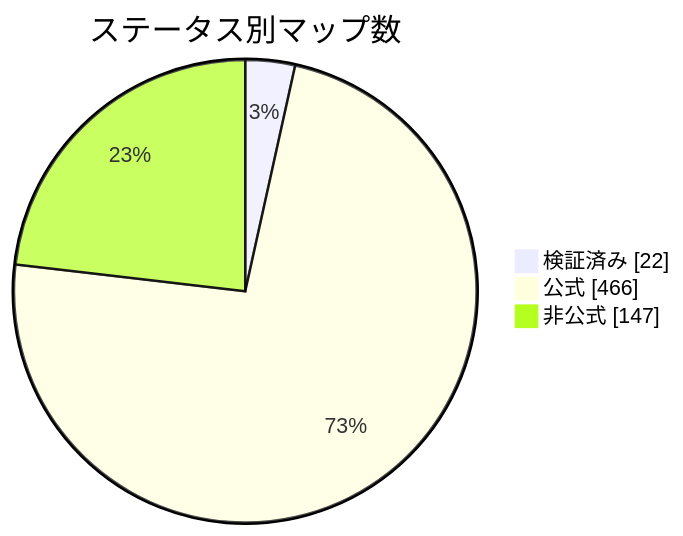
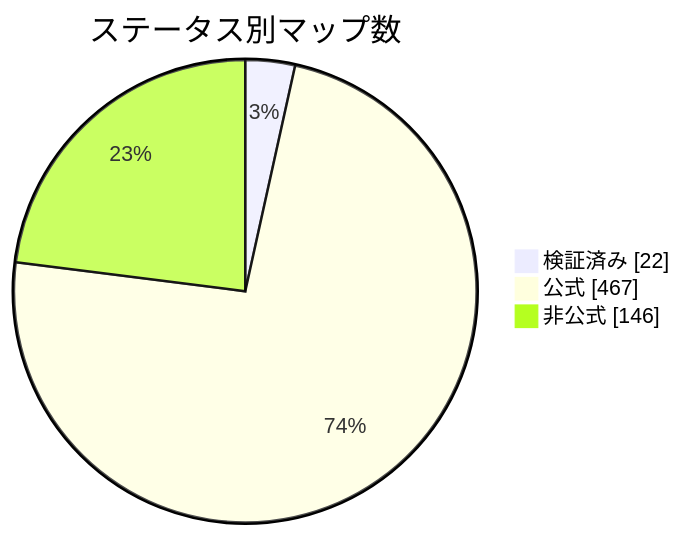
One commit to nobrega8/mbmap-library changed the diagram in docs/readme/README_JP.md. Above: the diagram before and after it, drawn with Mermaid. The commit also changed 6 other files, not shown here.

````diff
--- a/docs/readme/README_JP.md
+++ b/docs/readme/README_JP.md
@@ -54,7 +54,7 @@
 ```mermaid
 pie showData
     title ステータス別マップ数
     "検証済み" : 22
-    "公式" : 466
-    "非公式" : 147
+    "公式" : 467
+    "非公式" : 146
 ```
````
